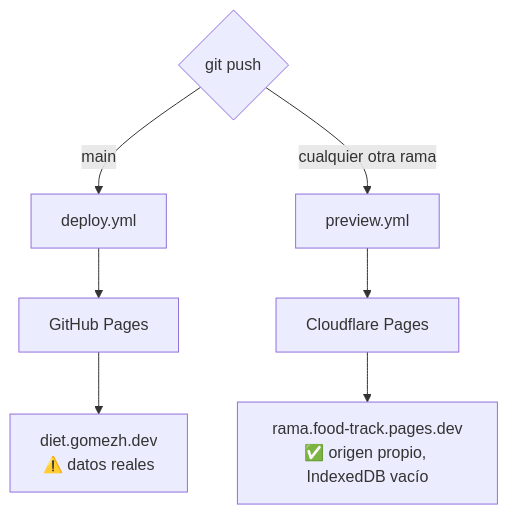
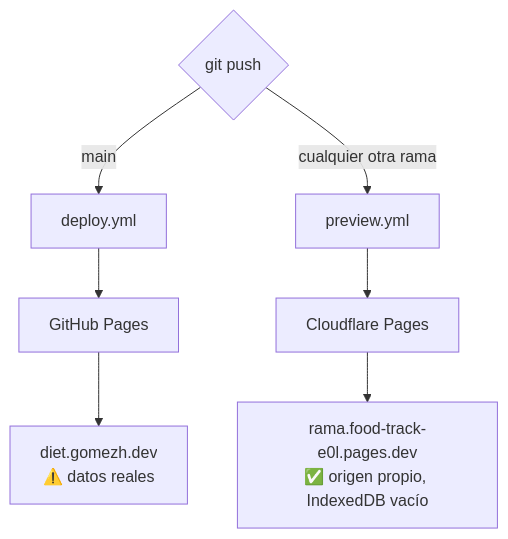
The first of 2 diagrams in docs/previews.md (gomezhyuuga/food-track), drawn with Mermaid before and after one commit. The commit also changed other lines of this file and 5 other files, not shown here.

````diff
--- a/docs/previews.md
+++ b/docs/previews.md
@@ -9,12 +9,12 @@
 ```mermaid
 flowchart TD
     push{"git push"}
     push -->|"main"| prod["deploy.yml"]
     push -->|"cualquier otra rama"| prev["preview.yml"]
 
     prod --> ghp["GitHub Pages"]
     ghp --> live["diet.gomezh.dev<br/>⚠️ datos reales"]
 
     prev --> cf["Cloudflare Pages"]
-    cf --> url["rama.food-track.pages.dev<br/>✅ origen propio, IndexedDB vacío"]
+    cf --> url["rama.food-track-e0l.pages.dev<br/>✅ origen propio, IndexedDB vacío"]
 ```
````
